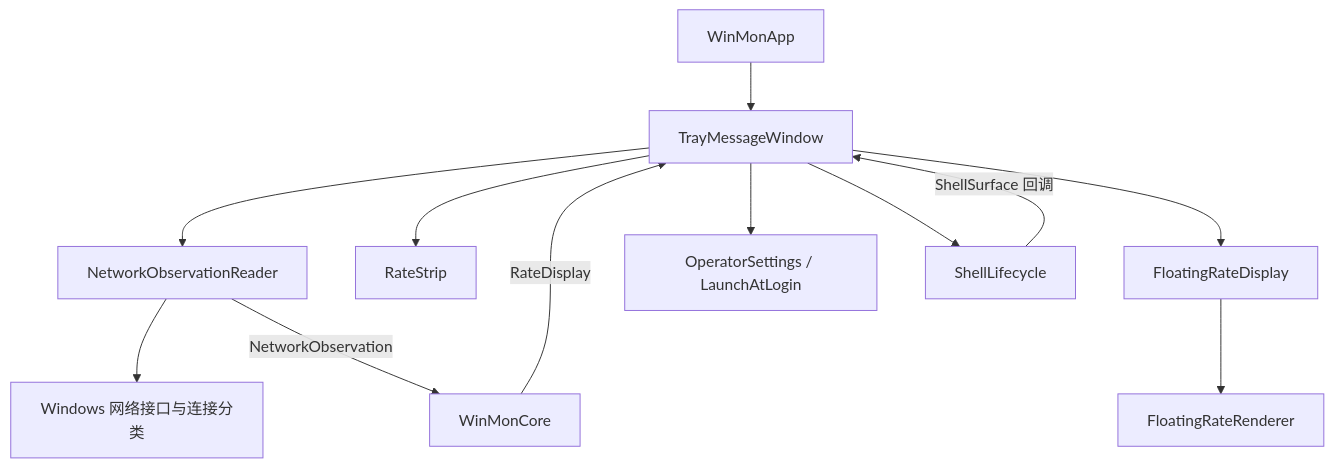
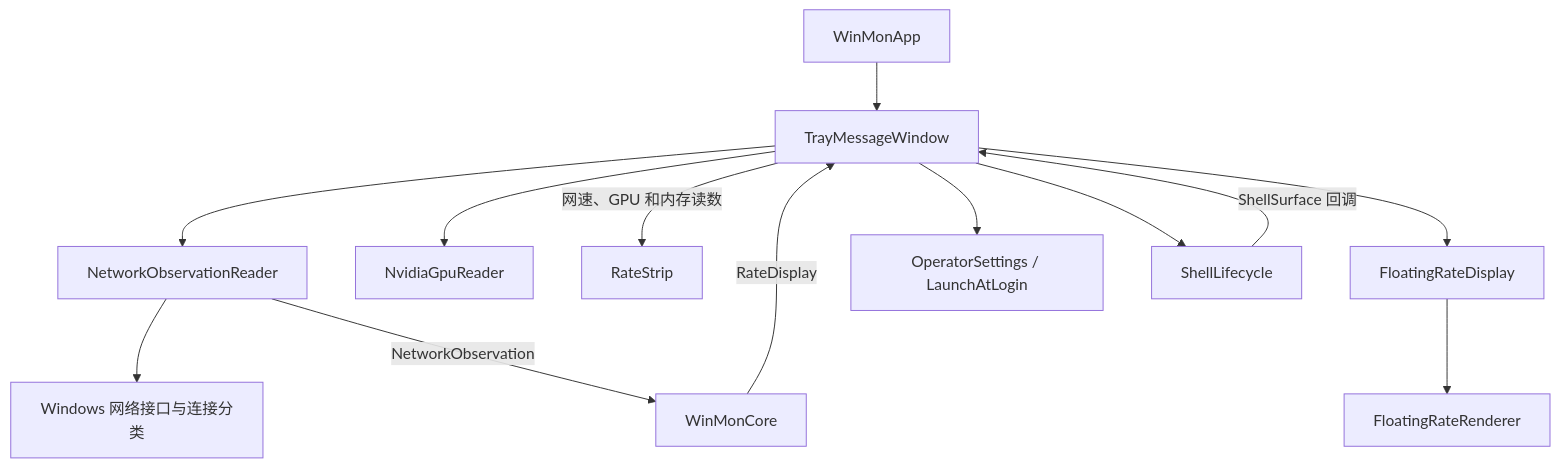
The diagram in docs/architecture.md (mystique/win-mon), drawn with Mermaid before and after one commit. The commit also changed other lines of this file and 20 other files, not shown here.

````diff
--- a/docs/architecture.md
+++ b/docs/architecture.md
@@ -18,14 +26,15 @@
 ```mermaid
 flowchart TD
     App[WinMonApp] --> Host[TrayMessageWindow]
     Host --> Reader[NetworkObservationReader]
     Reader --> Windows[Windows 网络接口与连接分类]
     Reader -->|NetworkObservation| Core[WinMonCore]
     Core -->|RateDisplay| Host
-    Host --> Strip[RateStrip]
+    Host --> GPU[NvidiaGpuReader]
+    Host -->|网速、GPU 和内存读数| Strip[RateStrip]
     Host --> Floating[FloatingRateDisplay]
     Floating --> Renderer[FloatingRateRenderer]
     Host --> Settings[OperatorSettings / LaunchAtLogin]
     Host --> Lifecycle[ShellLifecycle]
     Lifecycle -->|ShellSurface 回调| Host
 ```
````
